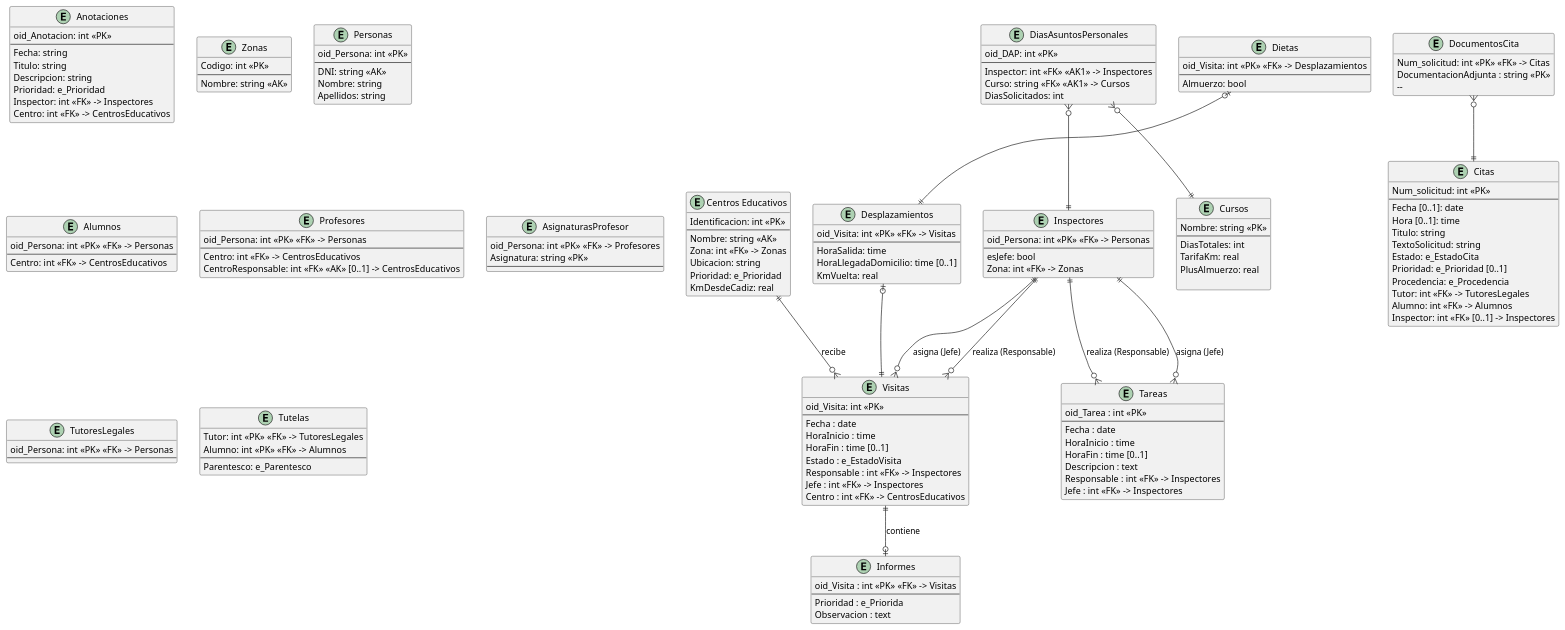
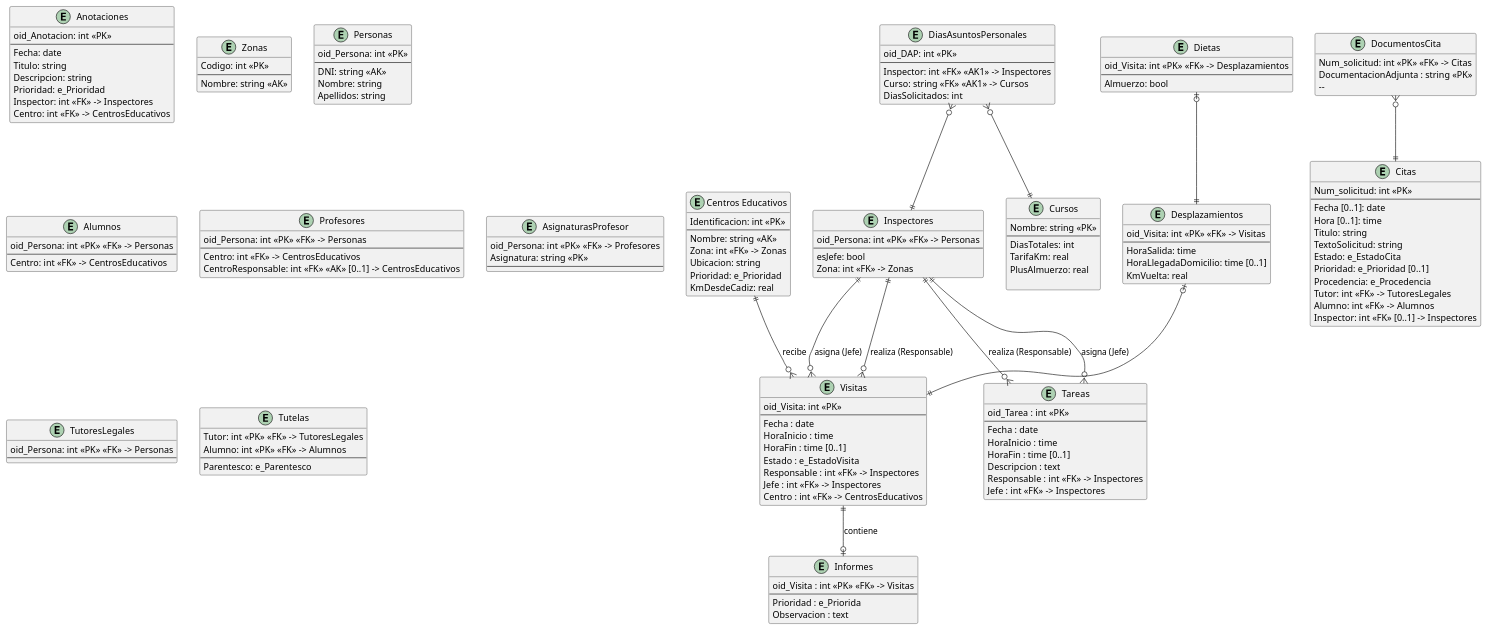
Before and after one commit to lorenzomaranon/ProyectoBD_Inspeccion_Educativa: the diagram in modelado/modelado_relacional.puml, drawn with PlantUML. The commit also changed 1 other file, not shown here.

Commit message:
Modifica el typing del atributo Fecha de string a daten de la clase Anotacion/es

```diff
--- a/modelado/modelado_relacional.puml
+++ b/modelado/modelado_relacional.puml
@@ -1,177 +1,177 @@
 @startuml modelado_relacional
 hide methods
 skinparam ClassAttributeIconSize 0
 
 
 entity "Centros Educativos" as CentrosEducativos {
     Identificacion: int <<PK>>
     --
     Nombre: string <<AK>>
     Zona: int <<FK>> -> Zonas
     Ubicacion: string
     Prioridad: e_Prioridad
     KmDesdeCadiz: real
 }
 
 entity DocumentosCita {
     Num_solicitud: int <<PK>> <<FK>> -> Citas
     DocumentacionAdjunta : string <<PK>>
     --   
 }
 
 entity Citas {
     Num_solicitud: int <<PK>> 
     --
     Fecha [0..1]: date
     Hora [0..1]: time
     Titulo: string
     TextoSolicitud: string
     Estado: e_EstadoCita
     Prioridad: e_Prioridad [0..1]
     Procedencia: e_Procedencia
     Tutor: int <<FK>> -> TutoresLegales
     Alumno: int <<FK>> -> Alumnos
     Inspector: int <<FK>> [0..1] -> Inspectores
 }
 
 entity Anotaciones {
     oid_Anotacion: int <<PK>>
     --
-    Fecha: string
+    Fecha: date
     Titulo: string
     Descripcion: string
     Prioridad: e_Prioridad
     Inspector: int <<FK>> -> Inspectores
     Centro: int <<FK>> -> CentrosEducativos
 }
 
 entity Visitas {
     oid_Visita: int <<PK>>
     --
     Fecha : date
     HoraInicio : time
     HoraFin : time [0..1]
     Estado : e_EstadoVisita
     Responsable : int <<FK>> -> Inspectores
     Jefe : int <<FK>> -> Inspectores
     Centro : int <<FK>> -> CentrosEducativos
 }
 
 entity Informes {
     oid_Visita : int <<PK>> <<FK>> -> Visitas
     --
     Prioridad : e_Priorida
     Observacion : text
 }
 
 entity Tareas {
     oid_Tarea : int <<PK>>
     --
     Fecha : date
     HoraInicio : time
     HoraFin : time [0..1]
     Descripcion : text
     Responsable : int <<FK>> -> Inspectores
     Jefe : int <<FK>> -> Inspectores
 }
 
 entity Zonas {
     Codigo: int <<PK>>
     --
     Nombre: string <<AK>>
 }
 
 entity Personas {
     oid_Persona: int <<PK>>
     --
     DNI: string <<AK>>
     Nombre: string
     Apellidos: string
 }
 
 entity Inspectores {
     oid_Persona: int <<PK>> <<FK>> -> Personas
     --
     esJefe: bool
     Zona: int <<FK>> -> Zonas
 }
 
 entity Alumnos {
     oid_Persona: int <<PK>> <<FK>> -> Personas
     --
     Centro: int <<FK>> -> CentrosEducativos
 }
 
 entity Profesores {
     oid_Persona: int <<PK>> <<FK>> -> Personas
     --
     Centro: int <<FK>> -> CentrosEducativos
     CentroResponsable: int <<FK>> <<AK>> [0..1] -> CentrosEducativos
 }
 
 entity AsignaturasProfesor {
     oid_Persona: int <<PK>> <<FK>> -> Profesores
     Asignatura: string <<PK>>
     --
 }
 
 entity TutoresLegales {
     oid_Persona: int <<PK>> <<FK>> -> Personas
     --
 }
 
 entity Tutelas {
     Tutor: int <<PK>> <<FK>> -> TutoresLegales
     Alumno: int <<PK>> <<FK>> -> Alumnos
     --
     Parentesco: e_Parentesco
 }
 
 Inspectores ||--o{ Visitas : realiza (Responsable)
 Inspectores ||--o{ Visitas : asigna (Jefe)
 Inspectores ||--o{ Tareas : realiza (Responsable)
 Inspectores ||--o{ Tareas : asigna (Jefe)
 CentrosEducativos ||--o{ Visitas : recibe
 Visitas ||--o| Informes : contiene
 
 entity Desplazamientos {
     oid_Visita: int <<PK>> <<FK>> -> Visitas
     --
     HoraSalida: time
     HoraLlegadaDomicilio: time [0..1]
     KmVuelta: real
 }
 
 entity Dietas {
     oid_Visita: int <<PK>> <<FK>> -> Desplazamientos
     --
     Almuerzo: bool
 }
 
 Desplazamientos |o--||Visitas
 Dietas |o--||Desplazamientos
 
 entity DiasAsuntosPersonales {
     oid_DAP: int <<PK>>
     --
     Inspector: int <<FK>> <<AK1>> -> Inspectores
     Curso: string <<FK>> <<AK1>> -> Cursos
     DiasSolicitados: int
 }
 
 entity Cursos {
     Nombre: string <<PK>>
     --
     DiasTotales: int
     TarifaKm: real
     PlusAlmuerzo: real
 
 }
 
 DiasAsuntosPersonales }o--||Cursos
 DiasAsuntosPersonales }o--||Inspectores
 
 '------- ASOCIACIONES --------------------------------------
 DocumentosCita }o--|| Citas
 
 @enduml
```
